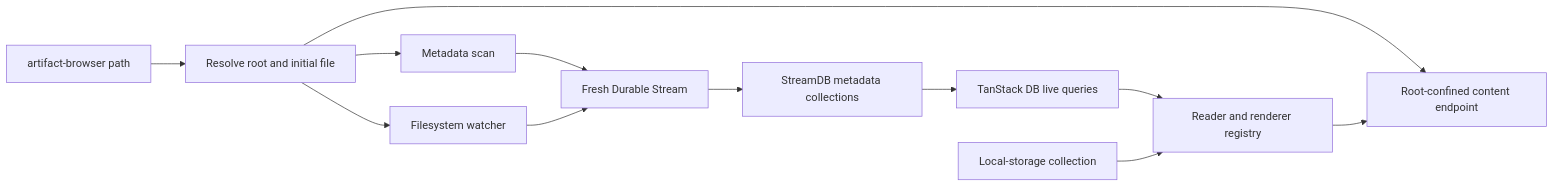
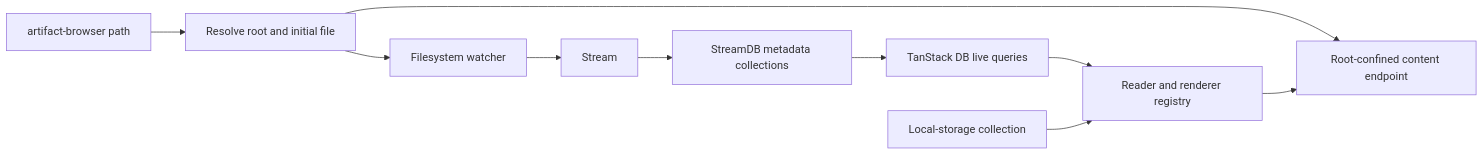
The first of 2 diagrams in docs/superpowers/specs/2026-07-28-artifact-browser-design.md (KyleAMathews/field-lab), drawn with Mermaid before and after one commit. The commit also changed other lines of this file, not shown here.

````diff
--- a/docs/superpowers/specs/2026-07-28-artifact-browser-design.md
+++ b/docs/superpowers/specs/2026-07-28-artifact-browser-design.md
@@ -120,14 +122,12 @@
 ```mermaid
 flowchart LR
     CLI["artifact-browser path"] --> Root["Resolve root and initial file"]
-    Root --> Scan["Metadata scan"]
     Root --> Watch["Filesystem watcher"]
-    Scan --> Stream["Fresh Durable Stream"]
     Watch --> Stream
     Stream --> SDB["StreamDB metadata collections"]
     SDB --> Queries["TanStack DB live queries"]
     Root --> Content["Root-confined content endpoint"]
     Queries --> Reader["Reader and renderer registry"]
     Reader --> Content
     Prefs["Local-storage collection"] --> Reader
 ```
````
